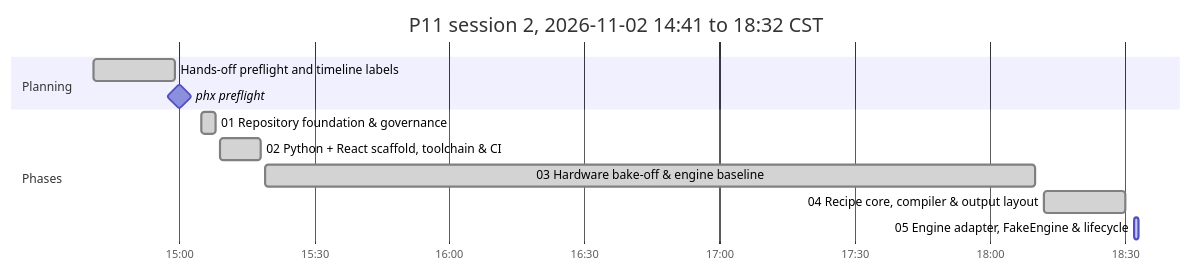
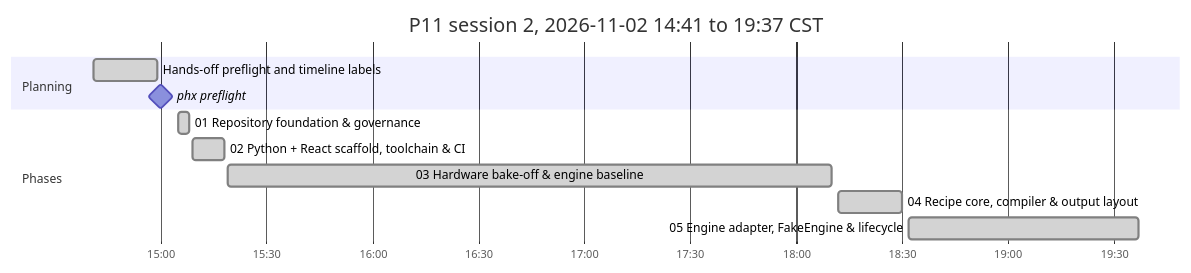
One commit to antonizick/project1111 changed the second of 2 diagrams in P11_IMPLEMENTATION_PLAN.md. Above: the diagram before and after it, drawn with Mermaid. The commit also changed other lines of this file and 1 other file, not shown here.

Commit message:
docs(plan): refresh timeline

````diff
--- a/P11_IMPLEMENTATION_PLAN.md
+++ b/P11_IMPLEMENTATION_PLAN.md
@@ -74,15 +74,15 @@
 ```mermaid
 gantt
-    title P11 session 2, 2026-11-02 14:41 to 18:32 CST
+    title P11 session 2, 2026-11-02 14:41 to 19:37 CST
     dateFormat YYYY-MM-DD HH:mm
     axisFormat %H:%M
     section Planning
     Hands-off preflight and timeline labels :done, plan3, 2026-11-02 14:41, 2026-11-02 14:59
     phx preflight :milestone, pf13ee0d5, 2026-11-02 15:00, 0m
     section Phases
     01 Repository foundation & governance :done, p01s2, 2026-11-02 15:05, 2026-11-02 15:08
     02 Python + React scaffold, toolchain & CI :done, p02s2, 2026-11-02 15:09, 2026-11-02 15:18
     03 Hardware bake-off & engine baseline :done, p03s2, 2026-11-02 15:19, 2026-11-02 18:10
     04 Recipe core, compiler & output layout :done, p04s2, 2026-11-02 18:12, 2026-11-02 18:30
-    05 Engine adapter, FakeEngine & lifecycle :active, p05s2, 2026-11-02 18:32, 2026-11-02 18:33
+    05 Engine adapter, FakeEngine & lifecycle :done, p05s2, 2026-11-02 18:32, 2026-11-02 19:37
 ```
````
